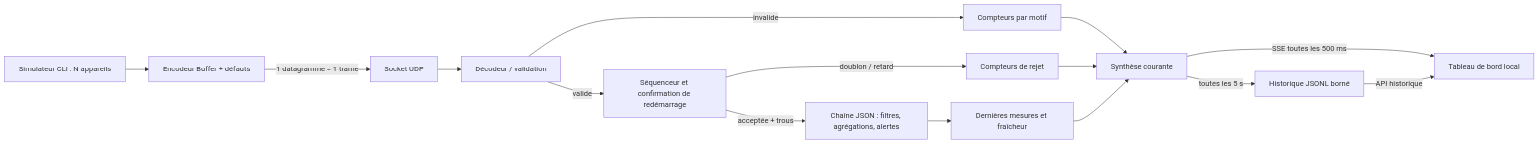
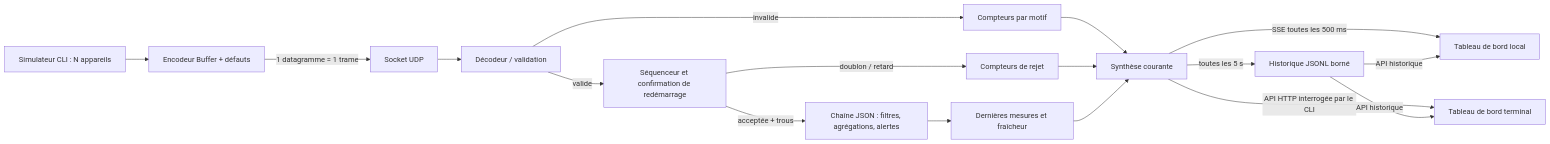
The diagram in README.md (sebgrtd/rattrapage), drawn with Mermaid before and after one commit. The commit also changed other lines of this file and 2 other files, not shown here.

Commit message:
docs: explain web and terminal workflows with current screenshots

````diff
--- a/README.md
+++ b/README.md
@@ -131,17 +180,19 @@
 ```mermaid
 flowchart LR
     CLI[Simulateur CLI : N appareils] --> ENC[Encodeur Buffer + défauts]
     ENC -->|1 datagramme = 1 trame| UDP[Socket UDP]
     UDP --> DEC[Décodeur / validation]
     DEC -->|invalide| ERR[Compteurs par motif]
     DEC -->|valide| SEQ[Séquenceur et confirmation de redémarrage]
     SEQ -->|doublon / retard| DROP[Compteurs de rejet]
     SEQ -->|acceptée + trous| PIPE[Chaîne JSON : filtres, agrégations, alertes]
     PIPE --> FLEET[Dernières mesures et fraîcheur]
     ERR --> SNAP[Synthèse courante]
     DROP --> SNAP
     FLEET --> SNAP
     SNAP -->|SSE toutes les 500 ms| WEB[Tableau de bord local]
+    SNAP -->|API HTTP interrogée par le CLI| TERM[Tableau de bord terminal]
     SNAP -->|toutes les 5 s| DISK[Historique JSONL borné]
     DISK -->|API historique| WEB
+    DISK -->|API historique| TERM
 ```
````
